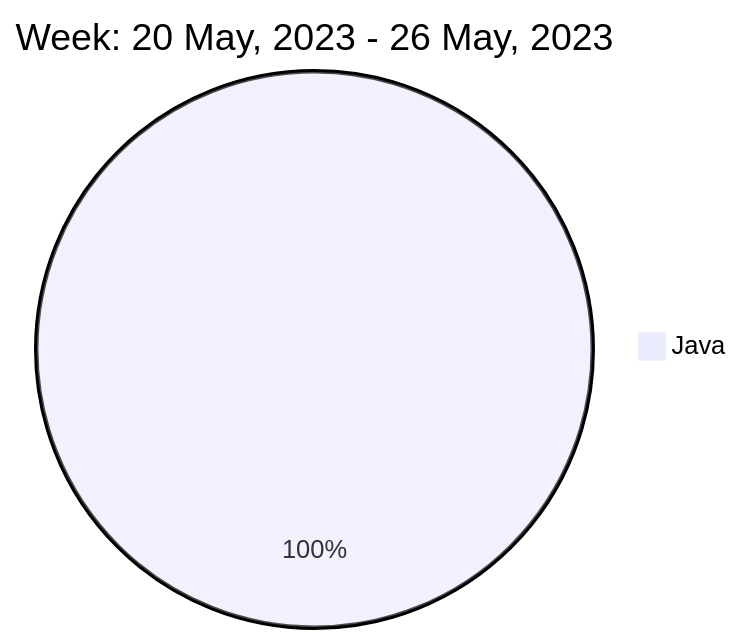
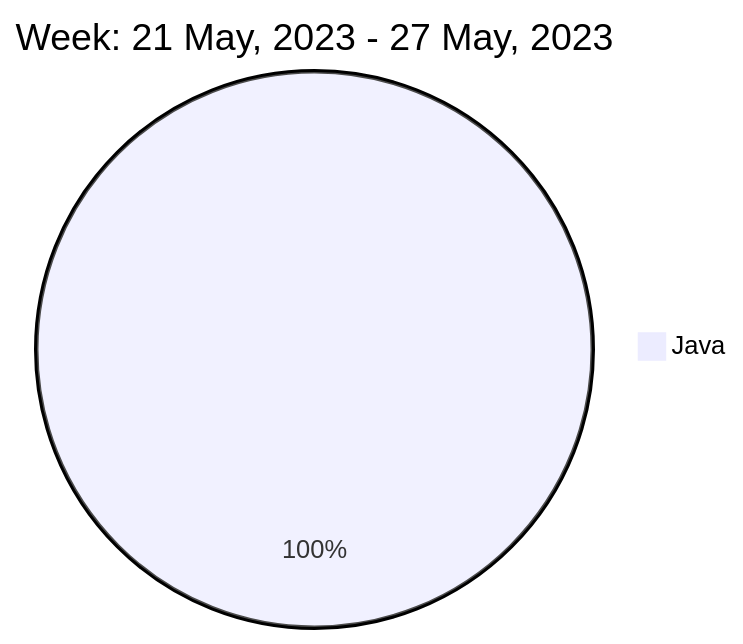
One commit to liubin95/liubin95 changed the diagram in README.md. Above: the diagram before and after it, drawn with Mermaid.

Commit message:
Updated the Graph with new Metrics

````diff
--- a/README.md
+++ b/README.md
@@ -40,5 +40,5 @@
 ```mermaid
  pie
-title Week: 20 May, 2023 - 26 May, 2023
+title Week: 21 May, 2023 - 27 May, 2023
  "Java" : 1.7
 ```
````
